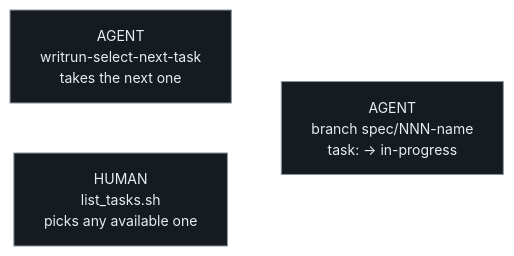
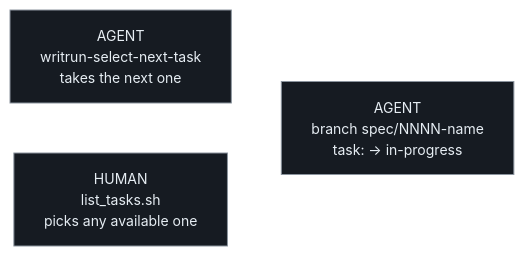
Before and after one commit to thomasfranke/writrun: the third of 9 diagrams in docs/product/pipeline.md, drawn with Mermaid. The commit also changed other lines of this file and 24 other files, not shown here.

First line of the commit message:
docs: allow multi-task PRs and name queue files by id and subject

````diff
--- a/docs/product/pipeline.md
+++ b/docs/product/pipeline.md
@@ -143,9 +143,9 @@
 ```mermaid
 %%{init: {'theme':'base','themeVariables':{'background':'#0d1117','primaryColor':'#161b22','primaryTextColor':'#e6edf3','primaryBorderColor':'#8b949e','lineColor':'#ffffff','secondaryColor':'#161b22','tertiaryColor':'#161b22','fontSize':'14px'}}}%%
 flowchart LR
     A1["AGENT<br/>writrun-select-next-task<br/>takes the next one"]
     A2["HUMAN<br/>list_tasks.sh<br/>picks any available one"]
-    B["AGENT<br/>branch spec/NNN-name<br/>task: → in-progress"]
+    B["AGENT<br/>branch spec/NNNN-name<br/>task: → in-progress"]
     A1 --> B
     A2 --> B
 ```
````
